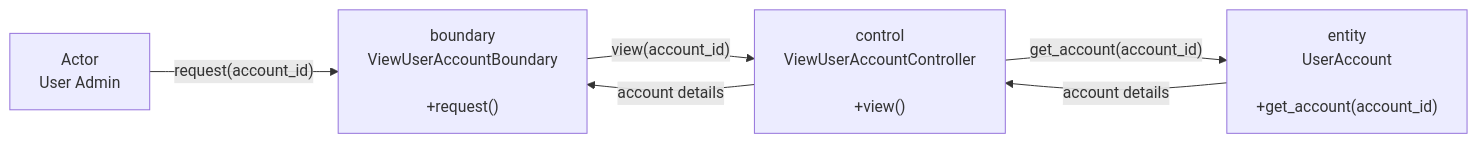
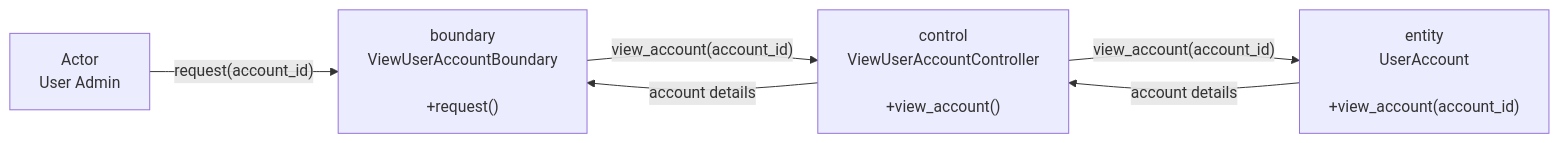
Before and after one commit to boyinapuddle/CSIT314-Chinese: the first of 2 diagrams in diagrams/US07_View_User_Account/README.md, drawn with Mermaid. The commit also changed other lines of this file and 140 other files, not shown here.

Commit message:
made controller and entity method names the same

````diff
--- a/diagrams/US07_View_User_Account/README.md
+++ b/diagrams/US07_View_User_Account/README.md
@@ -5,12 +5,12 @@
 ```mermaid
 flowchart LR
     N0["Actor<br/>User Admin"]
     N1["boundary<br/>ViewUserAccountBoundary<br/><br/>+request()"]
-    N2["control<br/>ViewUserAccountController<br/><br/>+view()"]
-    N3["entity<br/>UserAccount<br/><br/>+get_account(account_id)"]
+    N2["control<br/>ViewUserAccountController<br/><br/>+view_account()"]
+    N3["entity<br/>UserAccount<br/><br/>+view_account(account_id)"]
     N0 -->|"request(account_id)"| N1
-    N1 -->|"view(account_id)"| N2
-    N2 -->|"get_account(account_id)"| N3
+    N1 -->|"view_account(account_id)"| N2
+    N2 -->|"view_account(account_id)"| N3
     N3 -->|"account details"| N2
     N2 -->|"account details"| N1
 ```
````
